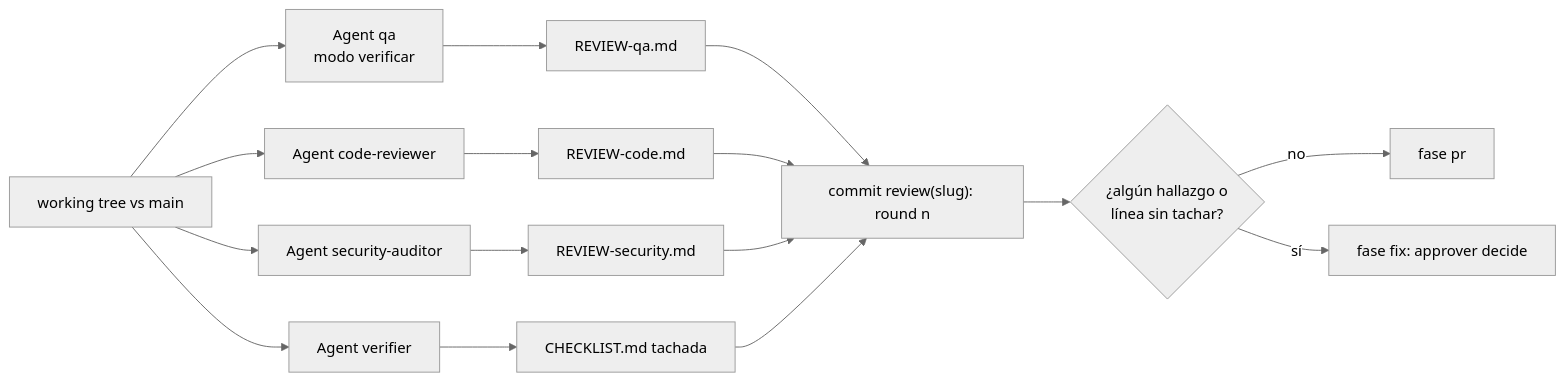
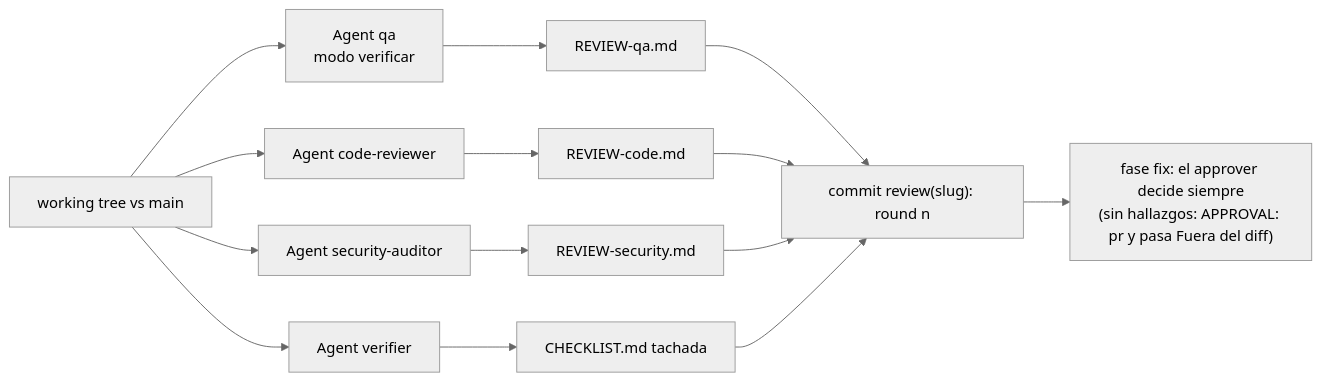
The diagram in skills/workflow/references/review.md (octavio-parozlabs/mindstack), drawn with Mermaid (neutral theme) before and after one commit. The commit also changed other lines of this file and 36 other files, not shown here.

````diff
--- a/skills/workflow/references/review.md
+++ b/skills/workflow/references/review.md
@@ -5,15 +5,13 @@
 ```mermaid
 flowchart LR
     C[working tree vs main] --> Q[Agent qa\nmodo verificar]
     C --> R[Agent code-reviewer]
     C --> S[Agent security-auditor]
     C --> V[Agent verifier]
     Q --> FQ[REVIEW-qa.md]
     R --> FR[REVIEW-code.md]
     S --> FS[REVIEW-security.md]
     V --> FV[CHECKLIST.md tachada]
     FQ & FR & FS & FV --> K["commit review(slug): round n"]
-    K --> T{¿algún hallazgo o\nlínea sin tachar?}
-    T -- no --> PR["fase pr"]
-    T -- sí --> CO["fase fix: approver decide"]
+    K --> CO["fase fix: el approver decide siempre<br/>(sin hallazgos: APPROVAL: pr y pasa Fuera del diff)"]
 ```
````
